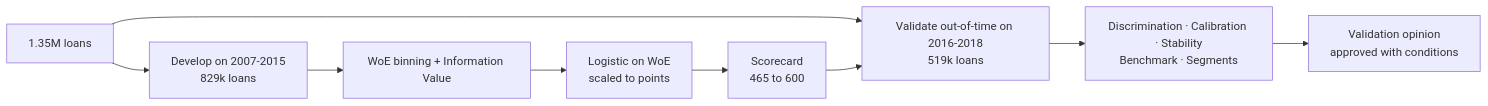
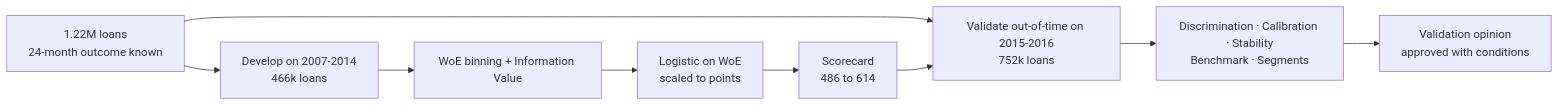
One commit to gbadedata/pd-scorecard-validation changed the diagram in README.md. Above: the diagram before and after it, drawn with Mermaid. The commit also changed other lines of this file and 16 other files, not shown here.

````diff
--- a/README.md
+++ b/README.md
@@ -29,11 +31,11 @@
 ```mermaid
 flowchart LR
-  A["1.35M loans"] --> B["Develop on 2007-2015<br/>829k loans"]
-  A --> C["Validate out-of-time on 2016-2018<br/>519k loans"]
+  A["1.22M loans<br/>24-month outcome known"] --> B["Develop on 2007-2014<br/>466k loans"]
+  A --> C["Validate out-of-time on 2015-2016<br/>752k loans"]
   B --> D["WoE binning + Information Value"]
   D --> E["Logistic on WoE<br/>scaled to points"]
-  E --> F["Scorecard<br/>465 to 600"]
+  E --> F["Scorecard<br/>486 to 614"]
   F --> C
   C --> G["Discrimination · Calibration · Stability<br/>Benchmark · Segments"]
   G --> H["Validation opinion<br/>approved with conditions"]
 ```
````
